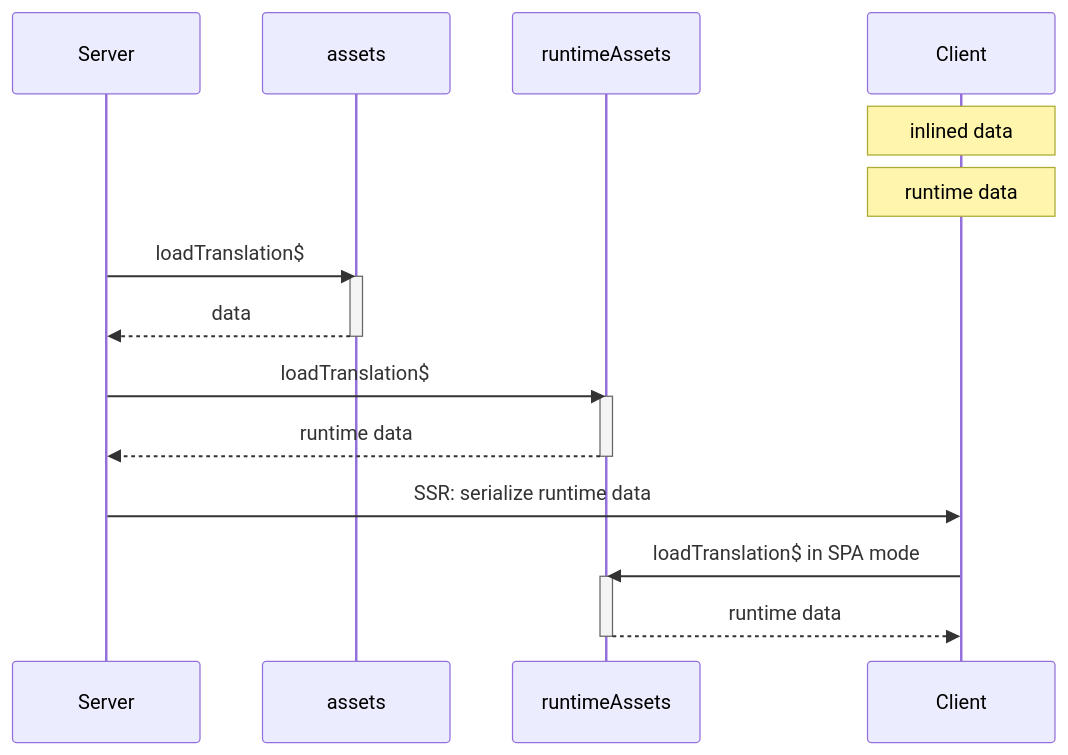
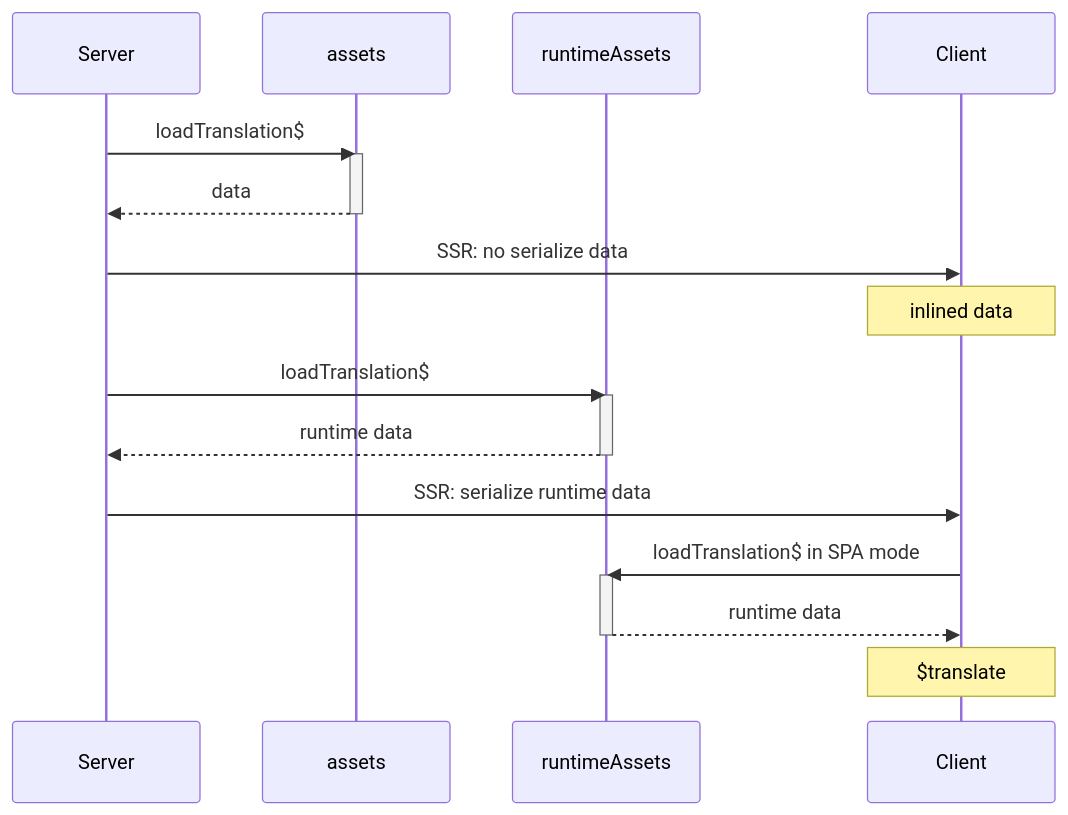
One commit to robisim74/qwik-speak changed the diagram in docs/inline.md. Above: the diagram before and after it, drawn with Mermaid. The commit also changed other lines of this file and 8 other files, not shown here.

````diff
--- a/docs/inline.md
+++ b/docs/inline.md
@@ -111,23 +10,23 @@
 ```mermaid
 sequenceDiagram
     participant Server
     participant assets
     participant runtimeAssets
     participant Client
-    Note over Client: inlined data 
-    Note over Client: runtime data
     Server->>assets: loadTranslation$
     activate assets
     assets-->>Server: data
     deactivate assets
+    Server->>Client: SSR: no serialize data
+    Note over Client: inlined data 
     Server->>runtimeAssets: loadTranslation$
     activate runtimeAssets
     runtimeAssets-->>Server: runtime data
     deactivate runtimeAssets
     Server->>Client: SSR: serialize runtime data
     Client->>runtimeAssets: loadTranslation$ in SPA mode
     activate runtimeAssets
     runtimeAssets-->>Client: runtime data
     deactivate runtimeAssets
-
+    Note over Client: $translate
 ```
````
